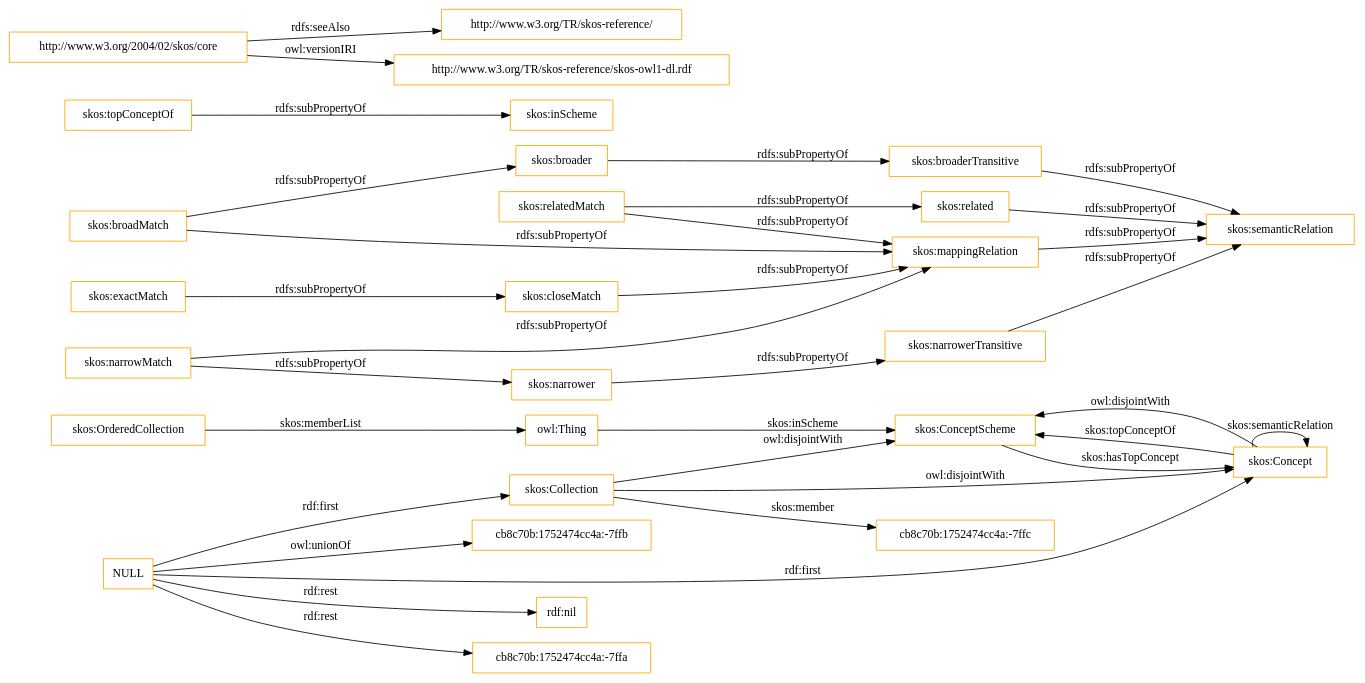
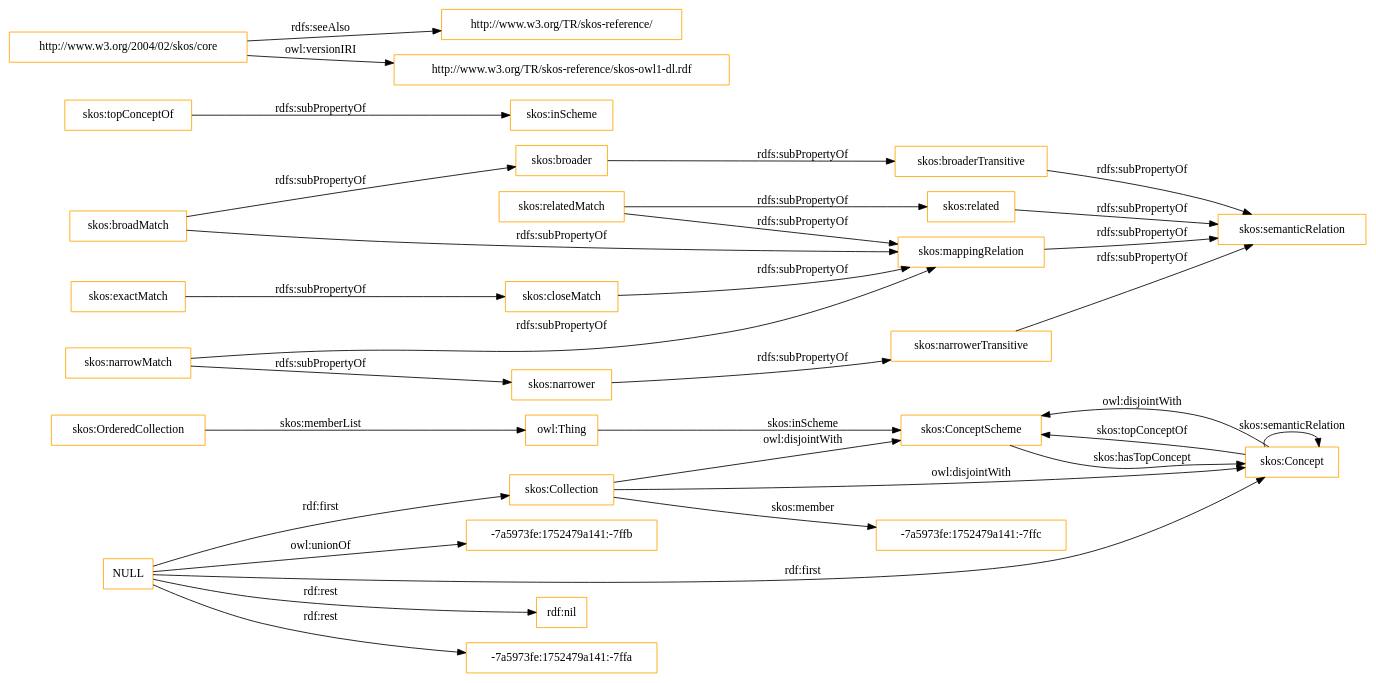
One commit to OnToologyUser/core-ontology-1 changed the diagram in OnToology/imports/skos.owl/diagrams/ar2dtool-class/skos.owl.png.dot. Above: the diagram before and after it, drawn with Graphviz. The commit also changed 14 other files, not shown here.

```diff
--- a/OnToology/imports/skos.owl/diagrams/ar2dtool-class/skos.owl.png.dot
+++ b/OnToology/imports/skos.owl/diagrams/ar2dtool-class/skos.owl.png.dot
@@ -1,37 +1,37 @@
 digraph ar2dtool_diagram { 
 rankdir=LR;
 size="1501"
-node [shape = rectangle, color="orange"]; "skos:OrderedCollection" "skos:ConceptScheme" "skos:Concept" "skos:Collection" "cb8c70b:1752474cc4a:-7ffc" ; /*classes style*/
+node [shape = rectangle, color="orange"]; "skos:OrderedCollection" "skos:ConceptScheme" "skos:Concept" "skos:Collection" "-7a5973fe:1752479a141:-7ffc" ; /*classes style*/
 	"skos:narrowerTransitive" -> "skos:semanticRelation" [ label = "rdfs:subPropertyOf" ];
 	"NULL" -> "rdf:nil" [ label = "rdf:rest" ];
 	"NULL" -> "skos:Concept" [ label = "rdf:first" ];
-	"NULL" -> "cb8c70b:1752474cc4a:-7ffa" [ label = "rdf:rest" ];
+	"NULL" -> "-7a5973fe:1752479a141:-7ffa" [ label = "rdf:rest" ];
 	"NULL" -> "skos:Collection" [ label = "rdf:first" ];
-	"NULL" -> "cb8c70b:1752474cc4a:-7ffb" [ label = "owl:unionOf" ];
+	"NULL" -> "-7a5973fe:1752479a141:-7ffb" [ label = "owl:unionOf" ];
 	"skos:closeMatch" -> "skos:mappingRelation" [ label = "rdfs:subPropertyOf" ];
 	"skos:Concept" -> "skos:ConceptScheme" [ label = "owl:disjointWith" ];
 	"skos:relatedMatch" -> "skos:related" [ label = "rdfs:subPropertyOf" ];
 	"skos:relatedMatch" -> "skos:mappingRelation" [ label = "rdfs:subPropertyOf" ];
 	"skos:related" -> "skos:semanticRelation" [ label = "rdfs:subPropertyOf" ];
 	"skos:topConceptOf" -> "skos:inScheme" [ label = "rdfs:subPropertyOf" ];
 	"skos:broadMatch" -> "skos:mappingRelation" [ label = "rdfs:subPropertyOf" ];
 	"skos:broadMatch" -> "skos:broader" [ label = "rdfs:subPropertyOf" ];
 	"skos:exactMatch" -> "skos:closeMatch" [ label = "rdfs:subPropertyOf" ];
 	"skos:broaderTransitive" -> "skos:semanticRelation" [ label = "rdfs:subPropertyOf" ];
 	"skos:broader" -> "skos:broaderTransitive" [ label = "rdfs:subPropertyOf" ];
 	"skos:mappingRelation" -> "skos:semanticRelation" [ label = "rdfs:subPropertyOf" ];
 	"http://www.w3.org/2004/02/skos/core" -> "http://www.w3.org/TR/skos-reference/" [ label = "rdfs:seeAlso" ];
 	"http://www.w3.org/2004/02/skos/core" -> "http://www.w3.org/TR/skos-reference/skos-owl1-dl.rdf" [ label = "owl:versionIRI" ];
 	"skos:Collection" -> "skos:ConceptScheme" [ label = "owl:disjointWith" ];
 	"skos:Collection" -> "skos:Concept" [ label = "owl:disjointWith" ];
 	"skos:narrower" -> "skos:narrowerTransitive" [ label = "rdfs:subPropertyOf" ];
 	"skos:narrowMatch" -> "skos:narrower" [ label = "rdfs:subPropertyOf" ];
 	"skos:narrowMatch" -> "skos:mappingRelation" [ label = "rdfs:subPropertyOf" ];
 	"skos:OrderedCollection" -> "owl:Thing" [ label = "skos:memberList" ];
 	"skos:Concept" -> "skos:ConceptScheme" [ label = "skos:topConceptOf" ];
 	"skos:Concept" -> "skos:Concept" [ label = "skos:semanticRelation" ];
-	"skos:Collection" -> "cb8c70b:1752474cc4a:-7ffc" [ label = "skos:member" ];
+	"skos:Collection" -> "-7a5973fe:1752479a141:-7ffc" [ label = "skos:member" ];
 	"skos:ConceptScheme" -> "skos:Concept" [ label = "skos:hasTopConcept" ];
 	"owl:Thing" -> "skos:ConceptScheme" [ label = "skos:inScheme" ];
 
 }
```
